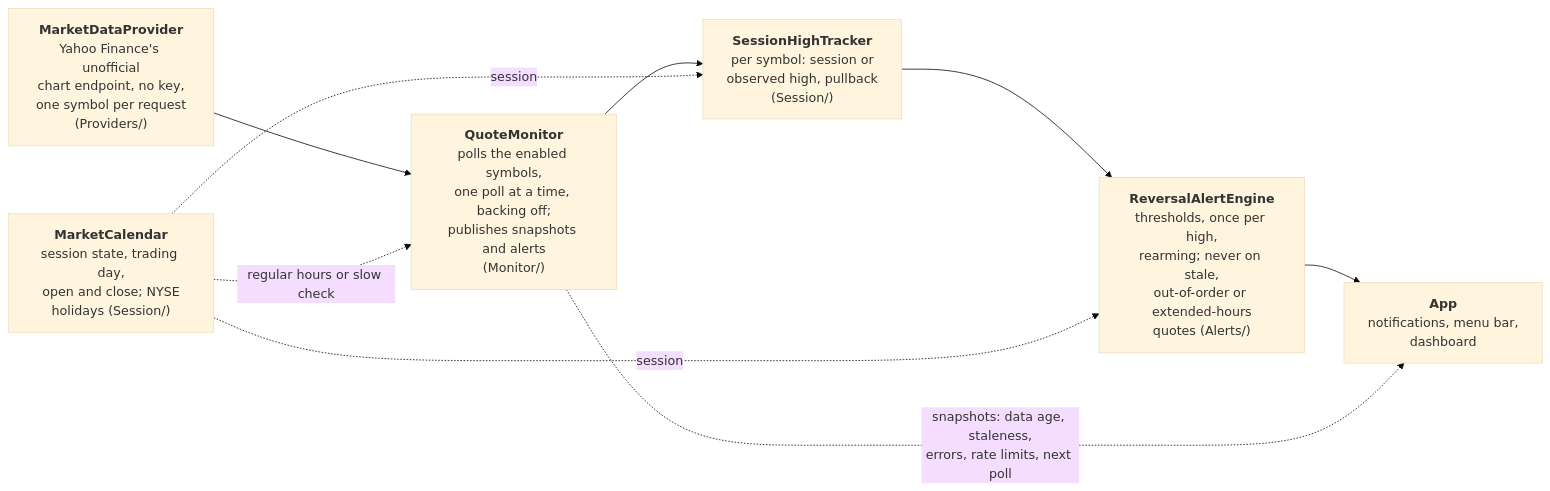
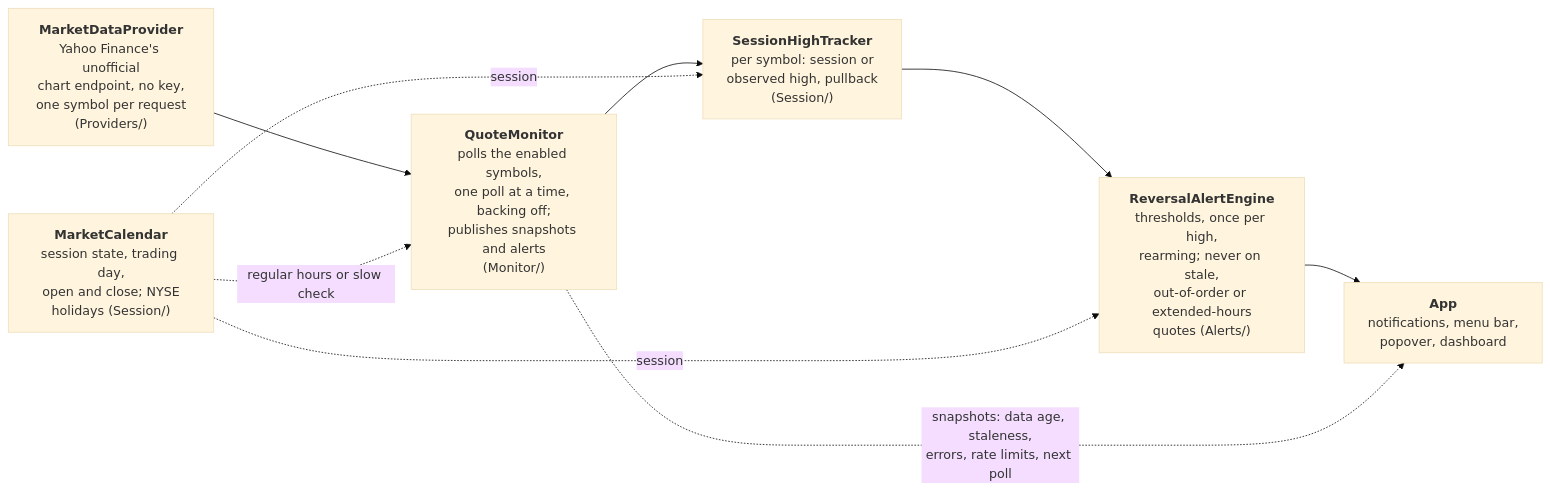
One commit to nikpietanze/vettira changed the fourth of 5 diagrams in docs/architecture.md. Above: the diagram before and after it, drawn with Mermaid (base theme). The commit also changed other lines of this file and 29 other files, not shown here.

Commit message:
Show quotes in the menu bar and notify on pullbacks

````diff
--- a/docs/architecture.md
+++ b/docs/architecture.md
@@ -65,14 +146,14 @@
 ```mermaid
 flowchart LR
     provider["<b>MarketDataProvider</b><br/>Yahoo Finance's unofficial<br/>chart endpoint, no key,<br/>one symbol per request<br/>(Providers/)"]
     poller["<b>QuoteMonitor</b><br/>polls the enabled symbols,<br/>one poll at a time, backing off;<br/>publishes snapshots and alerts<br/>(Monitor/)"]
     tracker["<b>SessionHighTracker</b><br/>per symbol: session or<br/>observed high, pullback<br/>(Session/)"]
     engine["<b>ReversalAlertEngine</b><br/>thresholds, once per high,<br/>rearming; never on stale,<br/>out-of-order or extended-hours<br/>quotes (Alerts/)"]
-    ui["<b>App</b><br/>notifications, menu bar,<br/>dashboard"]
+    ui["<b>App</b><br/>notifications, menu bar,<br/>popover, dashboard"]
     calendar["<b>MarketCalendar</b><br/>session state, trading day,<br/>open and close; NYSE<br/>holidays (Session/)"]
     provider --> poller --> tracker --> engine --> ui
     calendar -. session .-> tracker
     calendar -. session .-> engine
     calendar -. regular hours or slow check .-> poller
     poller -. snapshots: data age, staleness,<br/>errors, rate limits, next poll .-> ui
 ```
````
